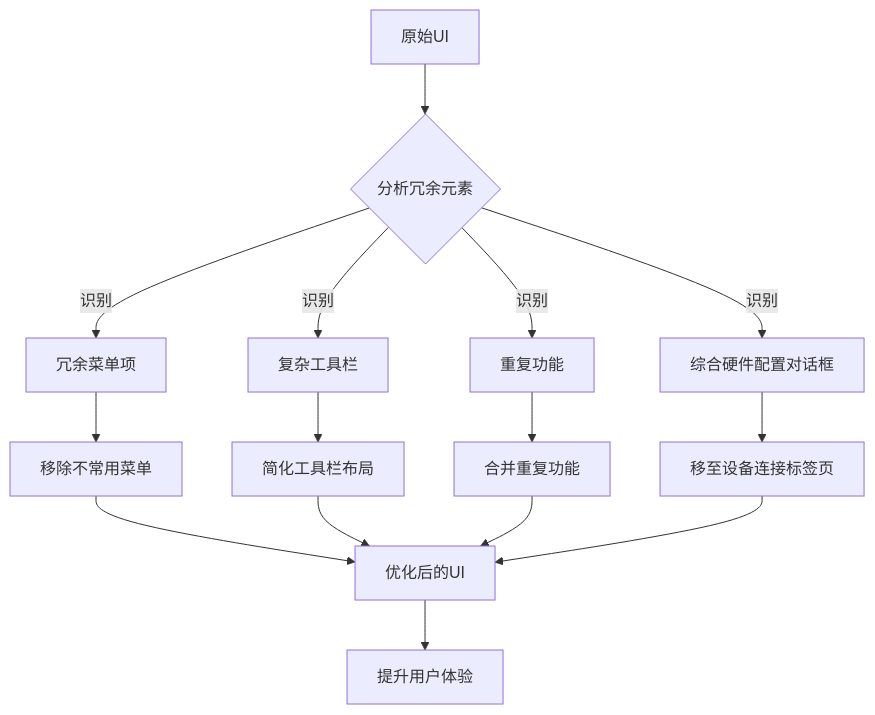
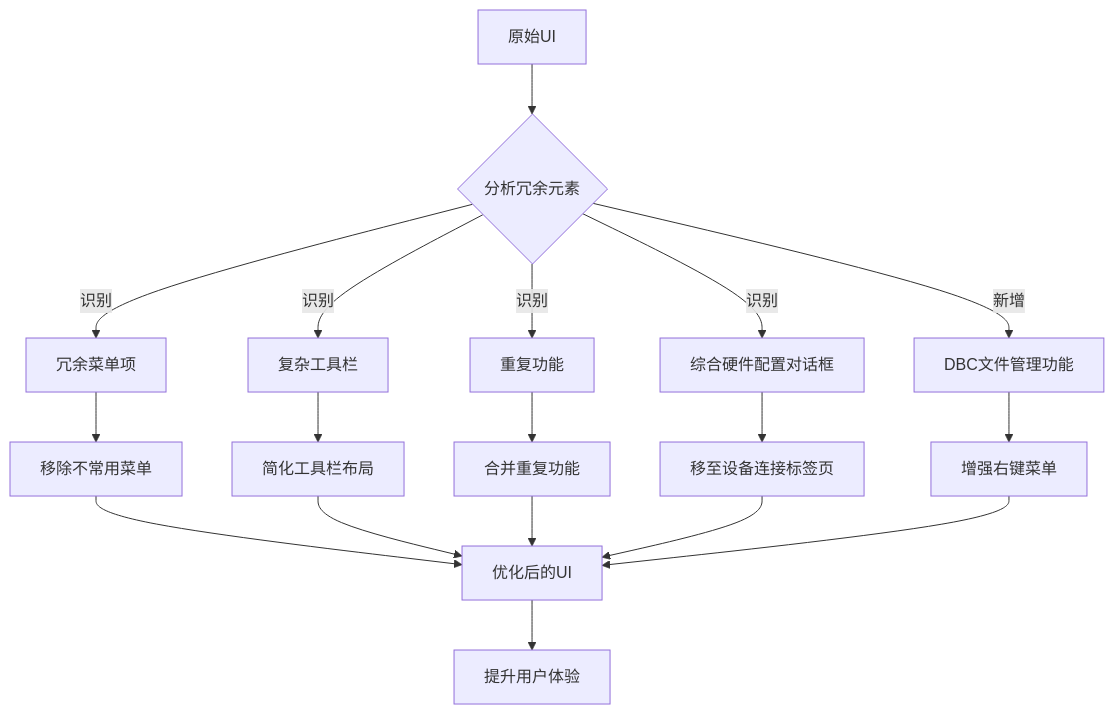
The ninth of 10 diagrams in .qoder/repowiki/zh/content/架构设计/UI系统设计/测量设置视图组件.md (jakecai1225-design/OpenBus), drawn with Mermaid before and after one commit. The commit also changed other lines of this file and 9 other files, not shown here.

````diff
--- a/.qoder/repowiki/zh/content/架构设计/UI系统设计/测量设置视图组件.md
+++ b/.qoder/repowiki/zh/content/架构设计/UI系统设计/测量设置视图组件.md
@@ -514,17 +561,20 @@
 ```mermaid
 flowchart TD
 A[原始UI] --> B{分析冗余元素}
 B --> |识别| C[冗余菜单项]
 B --> |识别| D[复杂工具栏]
 B --> |识别| E[重复功能]
 B --> |识别| F[综合硬件配置对话框]
-C --> G[移除不常用菜单]
-D --> H[简化工具栏布局]
-E --> I[合并重复功能]
-F --> J[移至设备连接标签页]
-G --> K[优化后的UI]
-H --> K
-I --> K
-J --> K
-K --> L[提升用户体验]
+B --> |新增| G[DBC文件管理功能]
+C --> H[移除不常用菜单]
+D --> I[简化工具栏布局]
+E --> J[合并重复功能]
+F --> K[移至设备连接标签页]
+G --> L[增强右键菜单]
+H --> M[优化后的UI]
+I --> M
+J --> M
+K --> M
+L --> M
+M --> N[提升用户体验]
 ```
````
